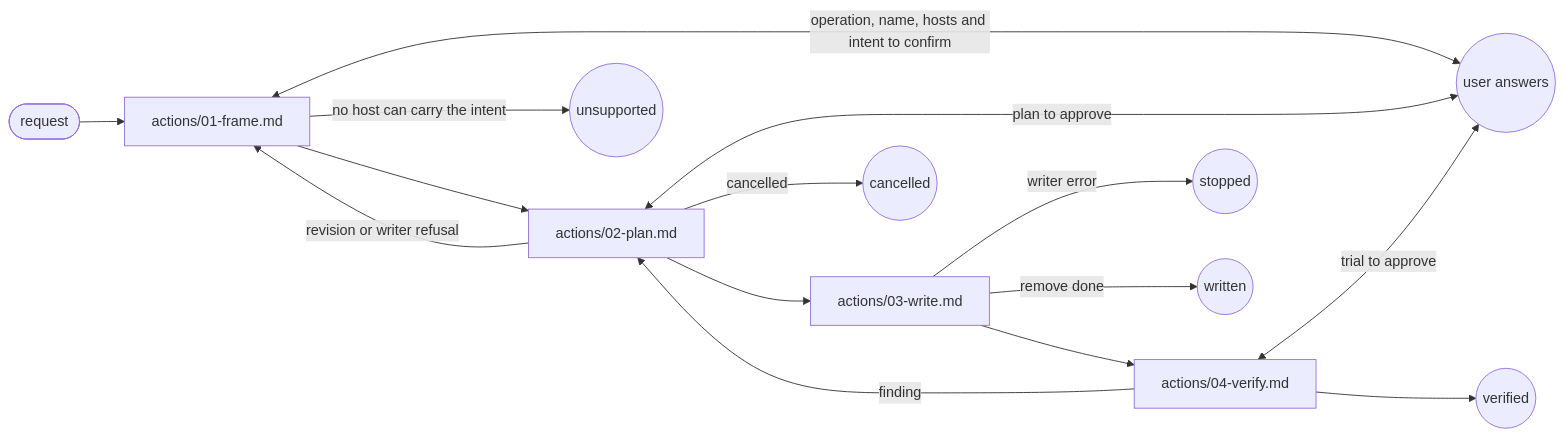
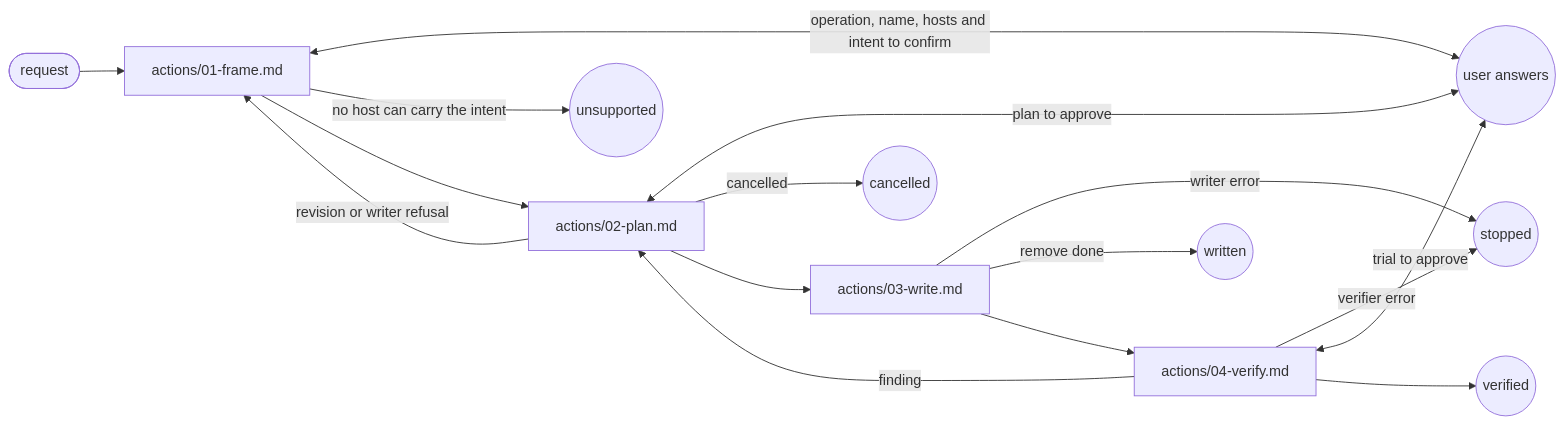
One commit to ai-driven-dev/framework changed the diagram in plugins/aidd-context/skills/08-hook-generate/SKILL.md. Above: the diagram before and after it, drawn with Mermaid.

Commit message:
fix(aidd-context): draw the hook verifier's error stop in the skill diagram
Claude-Session: https://claude.ai/code/session_01XeK3mExcorjEJE7rD4DR8o

````diff
--- a/plugins/aidd-context/skills/08-hook-generate/SKILL.md
+++ b/plugins/aidd-context/skills/08-hook-generate/SKILL.md
@@ -9,17 +9,18 @@
 ```mermaid
 flowchart LR
   entry([request]) --> frame["actions/01-frame.md"]
   frame <-->|"operation, name, hosts and intent to confirm"| user((user answers))
   frame -->|"no host can carry the intent"| unsupported((unsupported))
   frame --> plan["actions/02-plan.md"]
   plan <-->|"plan to approve"| user
   plan -->|"revision or writer refusal"| frame
   plan -->|"cancelled"| cancelled((cancelled))
   plan --> write["actions/03-write.md"]
   write -->|"writer error"| stopped((stopped))
   write -->|"remove done"| done((written))
   write --> verify["actions/04-verify.md"]
   verify -->|"finding"| plan
+  verify -->|"verifier error"| stopped
   verify <-->|"trial to approve"| user
   verify --> verified((verified))
 ```
````
